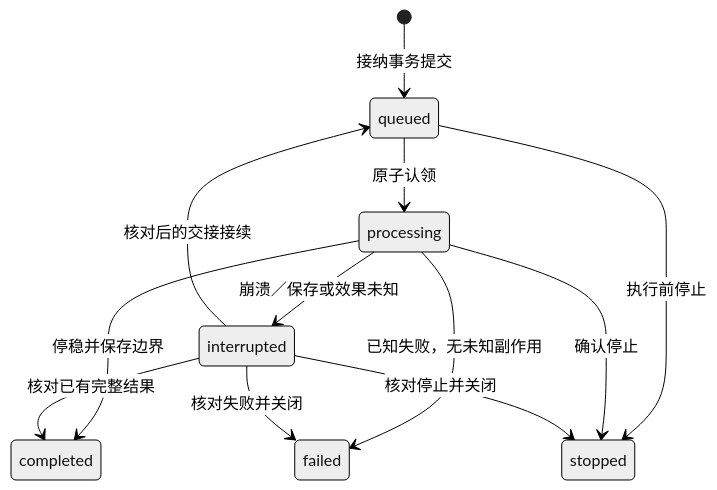
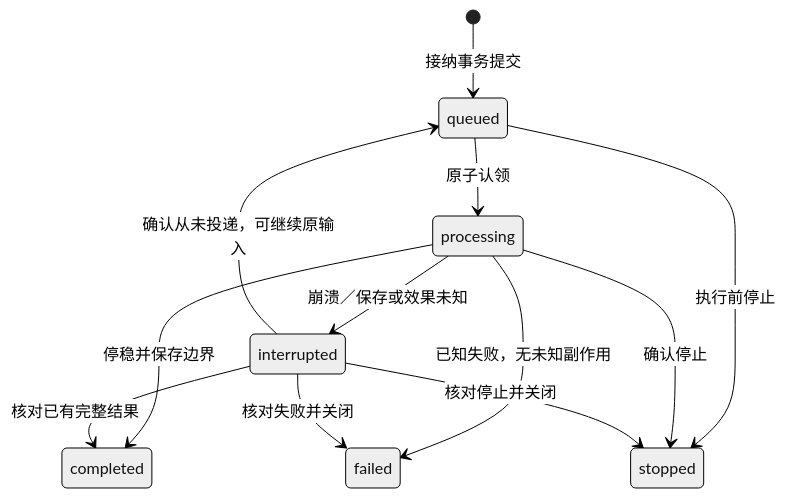
One commit to mojiaicrypto-ops/Kaiming changed the diagram in docs/technicalnew/runtime-contract.md. Above: the diagram before and after it, drawn with Mermaid (neutral theme). The commit also changed other lines of this file and 27 other files, not shown here.

````diff
--- a/docs/technicalnew/runtime-contract.md
+++ b/docs/technicalnew/runtime-contract.md
@@ -55,14 +55,14 @@
 ```mermaid
 stateDiagram-v2
   [*] --> queued: 接纳事务提交
   queued --> processing: 原子认领
   queued --> stopped: 执行前停止
   processing --> completed: 停稳并保存边界
   processing --> failed: 已知失败，无未知副作用
   processing --> stopped: 确认停止
   processing --> interrupted: 崩溃／保存或效果未知
   interrupted --> completed: 核对已有完整结果
   interrupted --> failed: 核对失败并关闭
   interrupted --> stopped: 核对停止并关闭
-  interrupted --> queued: 核对后的交接接续
+  interrupted --> queued: 确认从未投递，可继续原输入
 ```
````
